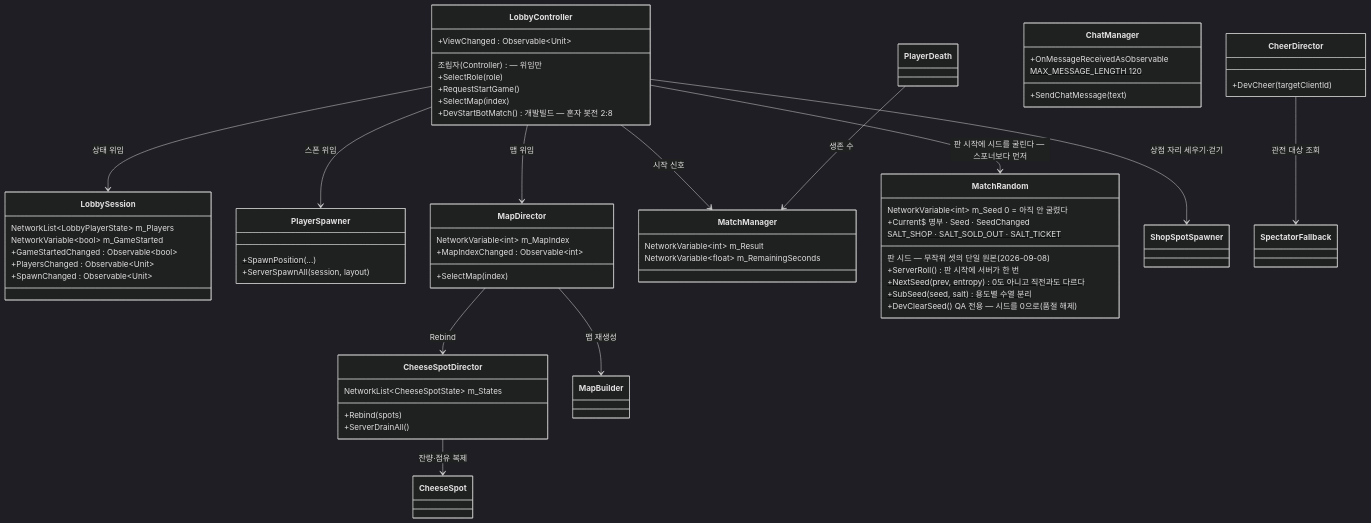
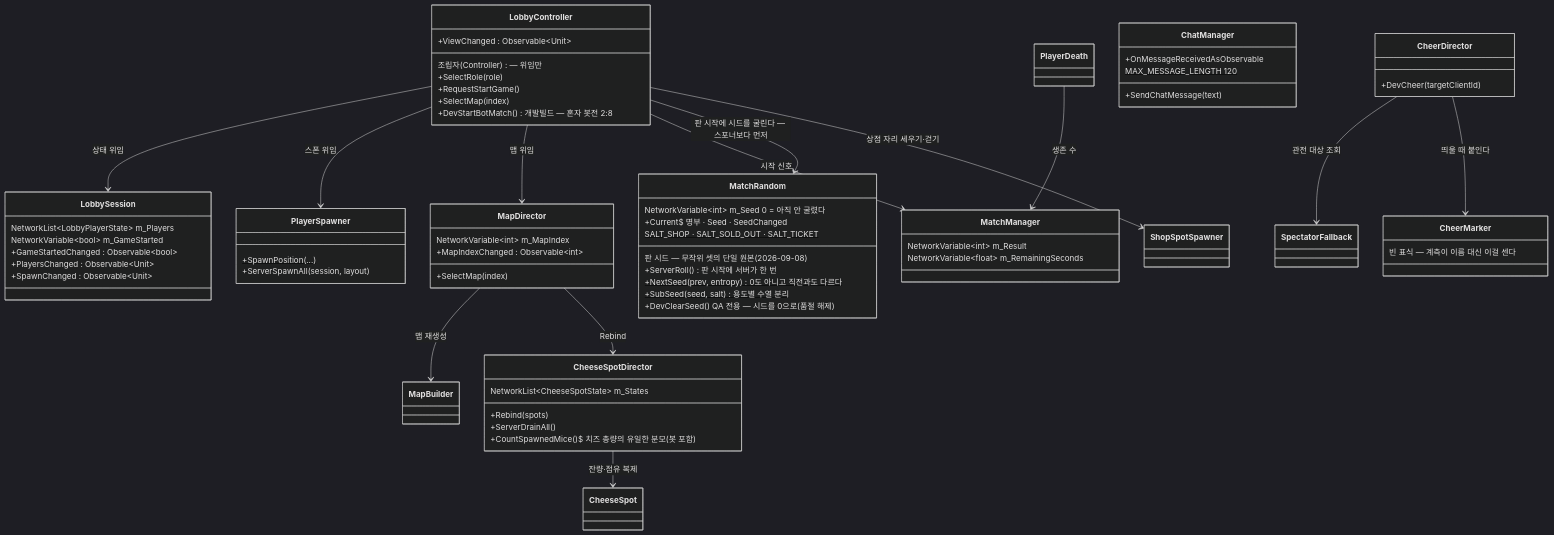
One commit to JeahanPark/The-Cheese-Thief-and-the-Cat changed diagram 19 of 42 in CTC/docs/design-vault/코드 다이어그램.md. Above: the diagram before and after it, drawn with Mermaid (dark theme). The commit also changed other lines of this file and 28 other files, not shown here.

````diff
--- a/CTC/docs/design-vault/코드 다이어그램.md
+++ b/CTC/docs/design-vault/코드 다이어그램.md
@@ -664,68 +664,73 @@
 ```mermaid
 classDiagram
     direction TB
 
     class LobbyController {
         조립자(Controller) — 위임만
         +SelectRole(role)
         +RequestStartGame()
         +SelectMap(index)
         +DevStartBotMatch() 개발빌드 — 혼자 봇전 2:8
         +ViewChanged : Observable~Unit~
     }
     class LobbySession {
         NetworkList~LobbyPlayerState~ m_Players
         NetworkVariable~bool~ m_GameStarted
         +GameStartedChanged : Observable~bool~
         +PlayersChanged : Observable~Unit~
         +SpawnChanged : Observable~Unit~
     }
     class PlayerSpawner {
         +SpawnPosition(...)$
         +ServerSpawnAll(session, layout)
     }
     class MapDirector {
         NetworkVariable~int~ m_MapIndex
         +SelectMap(index)
         +MapIndexChanged : Observable~int~
     }
     class MatchManager {
         NetworkVariable~int~ m_Result
         NetworkVariable~float~ m_RemainingSeconds
     }
     class MatchRandom {
         판 시드 — 무작위 셋의 단일 원본 (2026-09-08)
         NetworkVariable~int~ m_Seed  0 = 아직 안 굴렸다
         +Current$ 명부 · Seed · SeedChanged
         +ServerRoll() 판 시작에 서버가 한 번
         +NextSeed(prev, entropy)$ 0도 아니고 직전과도 다르다
         +SubSeed(seed, salt)$ 용도별 수열 분리
         SALT_SHOP · SALT_SOLD_OUT · SALT_TICKET$
         +DevClearSeed() QA 전용 — 시드를 0으로(품절 해제)
     }
     class CheeseSpotDirector {
         NetworkList~CheeseSpotState~ m_States
         +Rebind(spots)
         +ServerDrainAll()
+        +CountSpawnedMice()$ 치즈 총량의 유일한 분모(봇 포함)
     }
     class CheerDirector {
         +DevCheer(targetClientId)
+    }
+    class CheerMarker {
+        빈 표식 — 계측이 이름 대신 이걸 센다
     }
     class ChatManager {
         +SendChatMessage(text)
         +OnMessageReceivedAsObservable
         MAX_MESSAGE_LENGTH 120$
     }
 
     LobbyController --> LobbySession : 상태 위임
     LobbyController --> PlayerSpawner : 스폰 위임
     LobbyController --> MapDirector : 맵 위임
     LobbyController --> MatchManager : 시작 신호
     LobbyController --> MatchRandom : 판 시작에 시드를 굴린다 — 스포너보다 먼저
     LobbyController --> ShopSpotSpawner : 상점 자리 세우기·걷기
     MapDirector --> MapBuilder : 맵 재생성
     MapDirector --> CheeseSpotDirector : Rebind
     CheeseSpotDirector --> CheeseSpot : 잔량·점유 복제
     PlayerDeath --> MatchManager : 생존 수
     CheerDirector --> SpectatorFallback : 관전 대상 조회
+    CheerDirector --> CheerMarker : 띄울 때 붙인다
 ```
````
